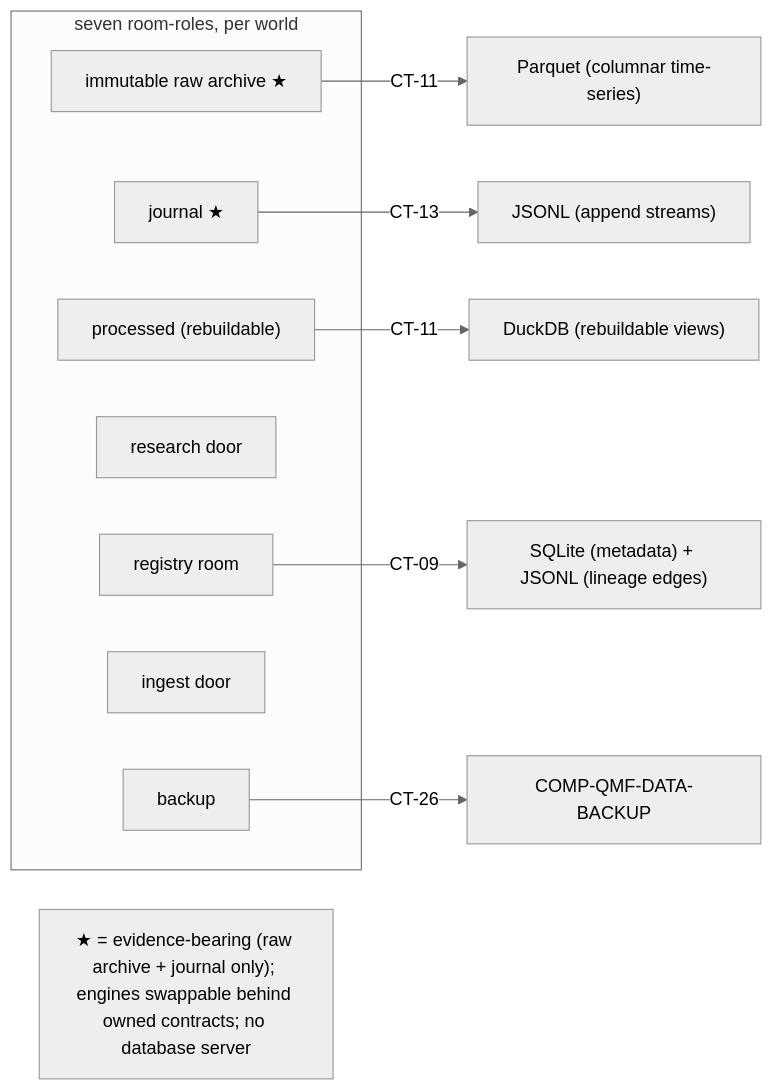
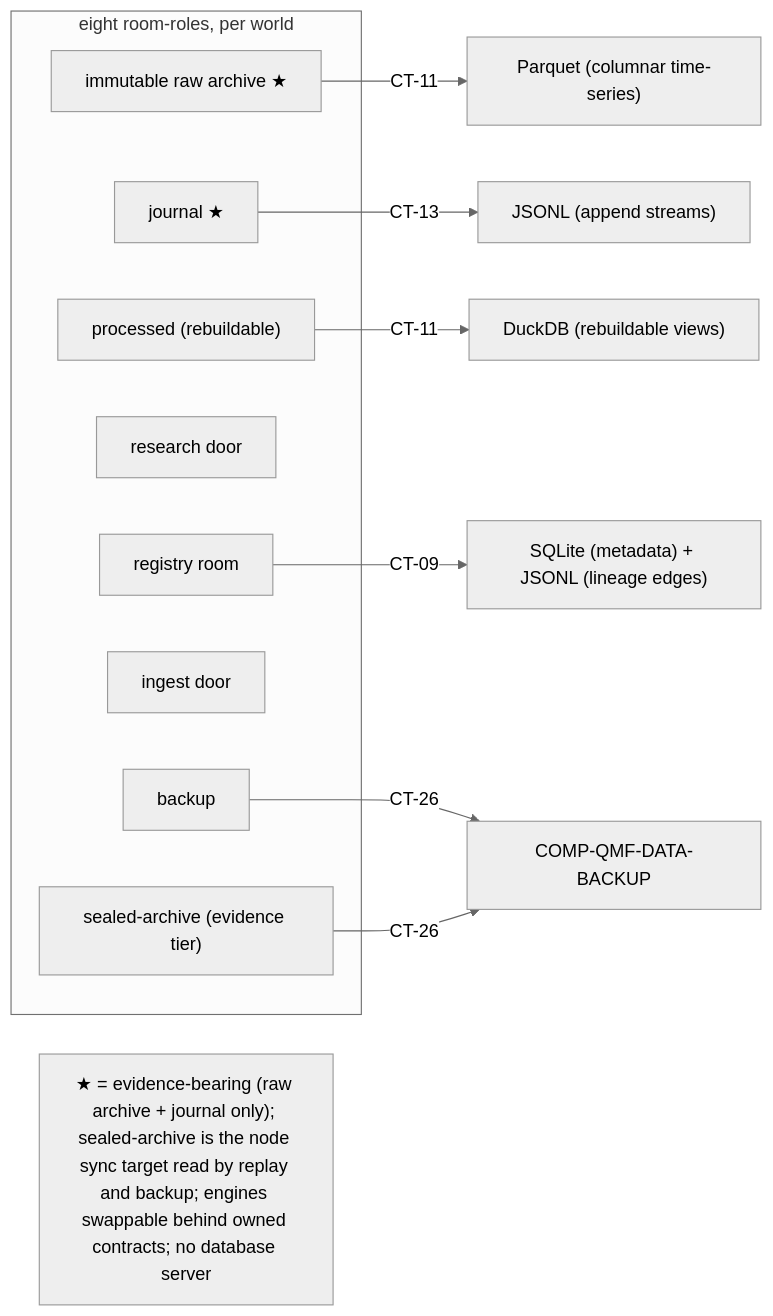
Before and after one commit to MubarakHimself/QMX: the diagram in docs/components/qmf-data-store.md, drawn with Mermaid (neutral theme). The commit also changed other lines of this file and 275 other files, not shown here.

````diff
--- a/docs/components/qmf-data-store.md
+++ b/docs/components/qmf-data-store.md
@@ -42,18 +42,20 @@
 ```mermaid
 flowchart LR
-    subgraph rooms["seven room-roles, per world"]
+    subgraph rooms["eight room-roles, per world"]
       raw["immutable raw archive ★"]
       journal["journal ★"]
       processed["processed (rebuildable)"]
       research["research door"]
       registry_room["registry room"]
       ingest["ingest door"]
       backup_room["backup"]
+      sealed["sealed-archive (evidence tier)"]
     end
     raw -->|CT-11| parquet["Parquet (columnar time-series)"]
     processed -->|CT-11| duckdb["DuckDB (rebuildable views)"]
     journal -->|CT-13| jsonl["JSONL (append streams)"]
     registry_room -->|CT-09| sqlite["SQLite (metadata) + JSONL (lineage edges)"]
     backup_room -->|CT-26| backupproc["COMP-QMF-DATA-BACKUP"]
-    note["★ = evidence-bearing (raw archive + journal only); engines swappable behind owned contracts; no database server"]
+    sealed -->|CT-26| backupproc
+    note["★ = evidence-bearing (raw archive + journal only); sealed-archive is the node sync target read by replay and backup; engines swappable behind owned contracts; no database server"]
 ```
````
